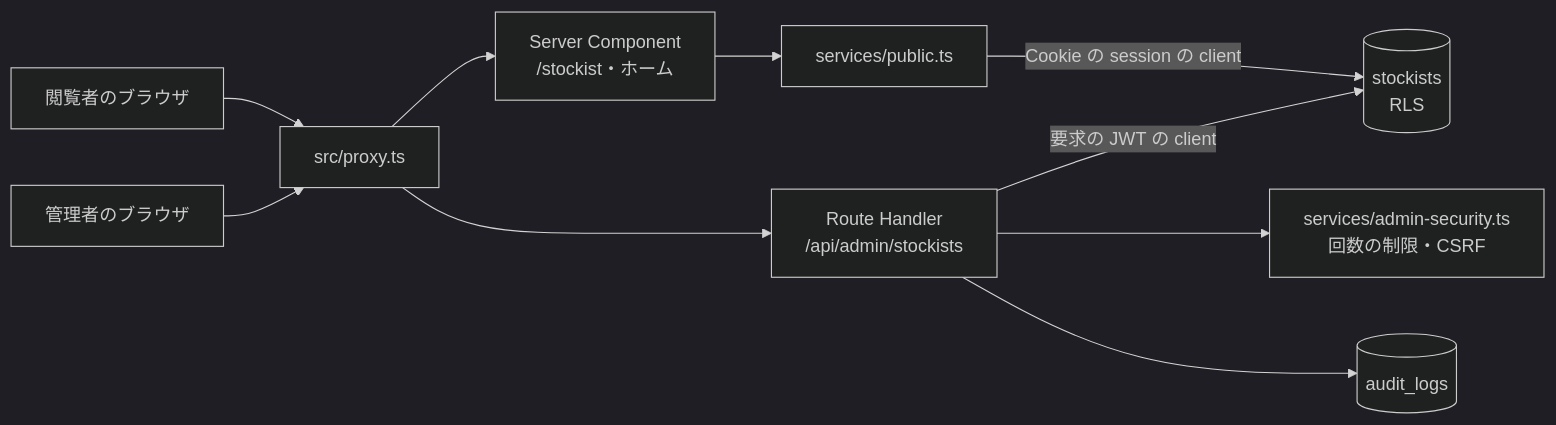
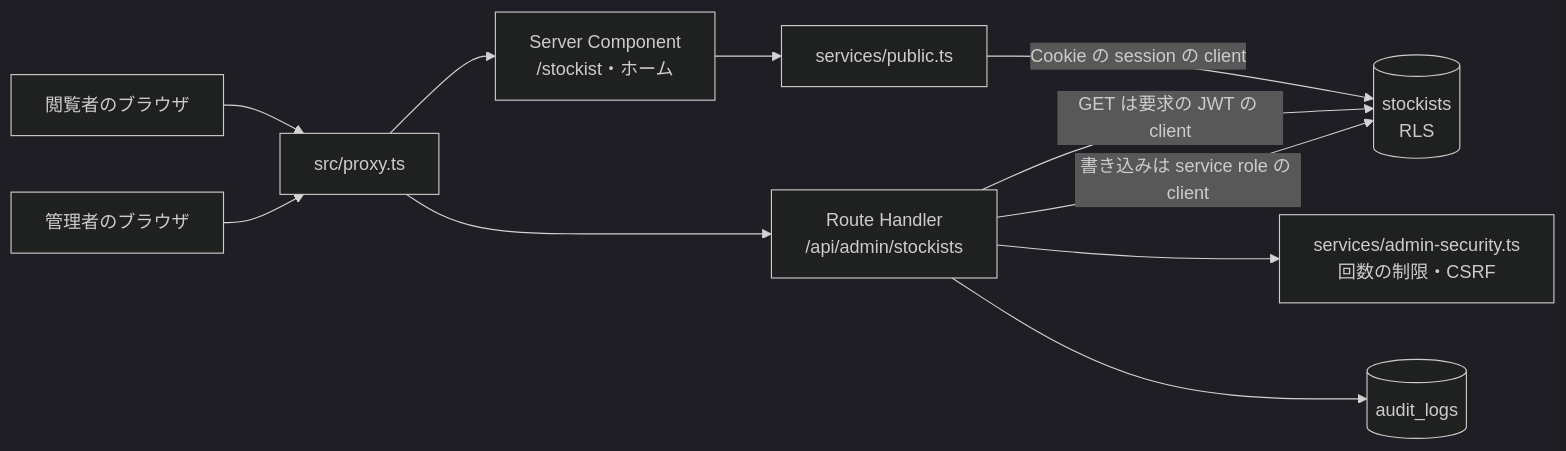
The first of 6 diagrams in docs/03_BasicDesign/areas/stockist.md (ChocoWork/o_official), drawn with Mermaid (dark theme) before and after one commit. The commit also changed other lines of this file and 144 other files, not shown here.

````diff
--- a/docs/03_BasicDesign/areas/stockist.md
+++ b/docs/03_BasicDesign/areas/stockist.md
@@ -53,12 +53,13 @@
 ```mermaid
 graph LR
   V["閲覧者のブラウザ"] --> P["src/proxy.ts"]
   A["管理者のブラウザ"] --> P
   P --> SC["Server Component<br/>/stockist・ホーム"]
   P --> RH["Route Handler<br/>/api/admin/stockists"]
   SC --> SV["services/public.ts"]
   SV -->|Cookie の session の client| DB[("stockists<br/>RLS")]
   RH --> SEC["services/admin-security.ts<br/>回数の制限・CSRF"]
-  RH -->|要求の JWT の client| DB
+  RH -->|GET は要求の JWT の client| DB
+  RH -->|書き込みは service role の client| DB
   RH --> AU[("audit_logs")]
 ```
````
